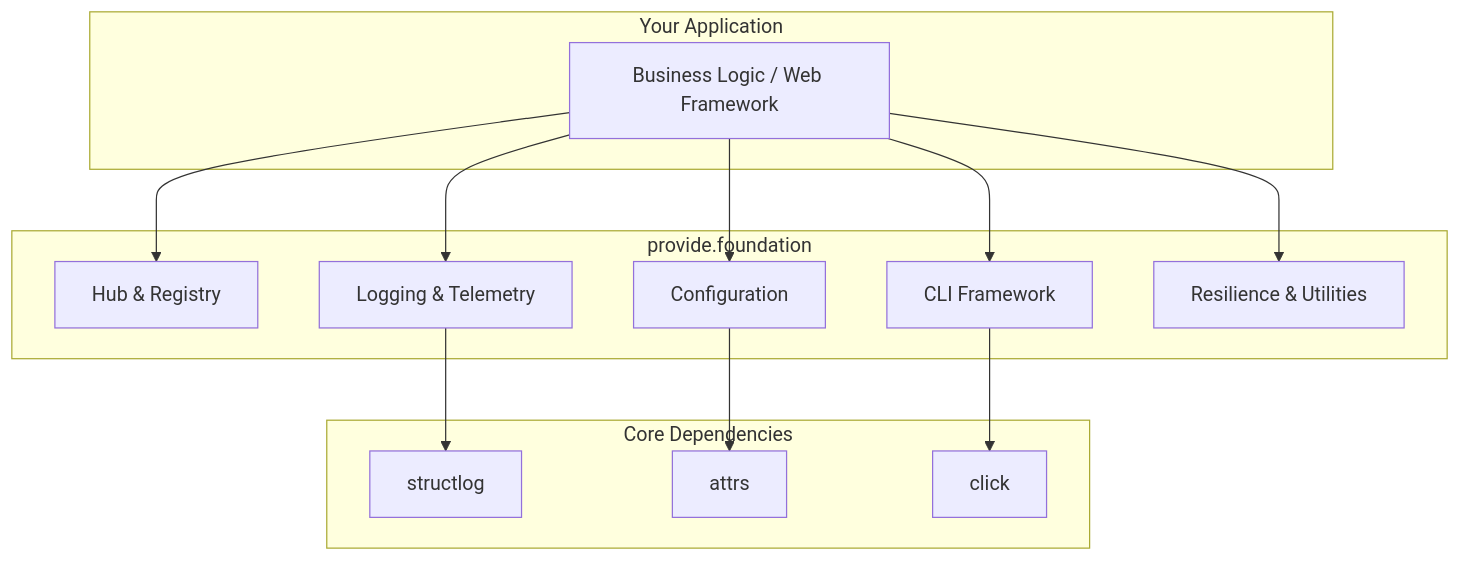
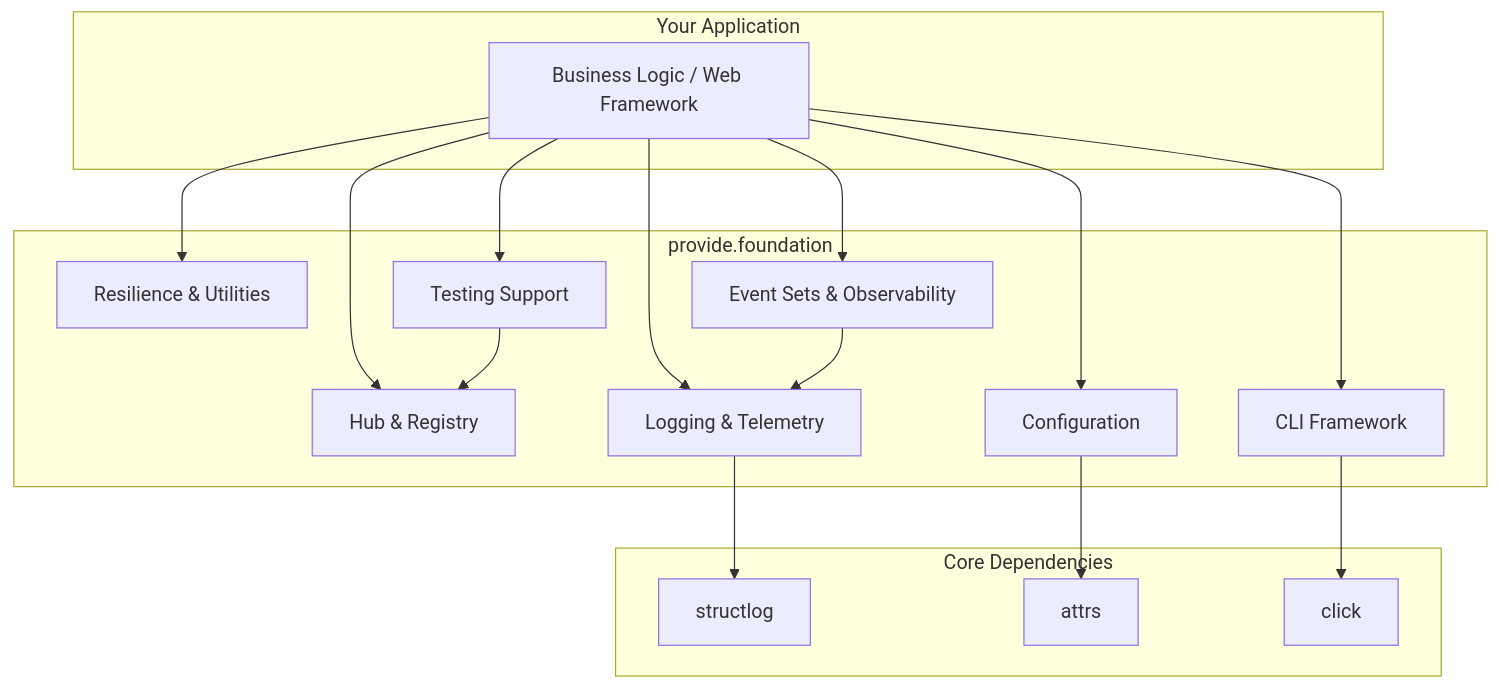
One commit to provide-io/provide-foundation changed the first of 3 diagrams in docs/explanation/architecture.md. Above: the diagram before and after it, drawn with Mermaid. The commit also changed other lines of this file and 5 other files, not shown here.

````diff
--- a/docs/explanation/architecture.md
+++ b/docs/explanation/architecture.md
@@ -5,25 +5,29 @@
 ```mermaid
 graph TD
     subgraph "Your Application"
         A[Business Logic / Web Framework]
     end
 
     subgraph "provide.foundation"
         B[Hub & Registry]
         C[Logging & Telemetry]
         D[Configuration]
         E[CLI Framework]
         F[Resilience & Utilities]
+        G[Event Sets & Observability]
+        H[Testing Support]
     end
 
     subgraph "Core Dependencies"
-        G[structlog]
-        H[attrs]
-        I[click]
+        I[structlog]
+        J[attrs]
+        K[click]
     end
 
-    A --> B & C & D & E & F
-    C --> G
-    D --> H
-    E --> I
+    A --> B & C & D & E & F & G & H
+    C --> I
+    D --> J
+    E --> K
+    G --> C
+    H --> B
 ```
````
